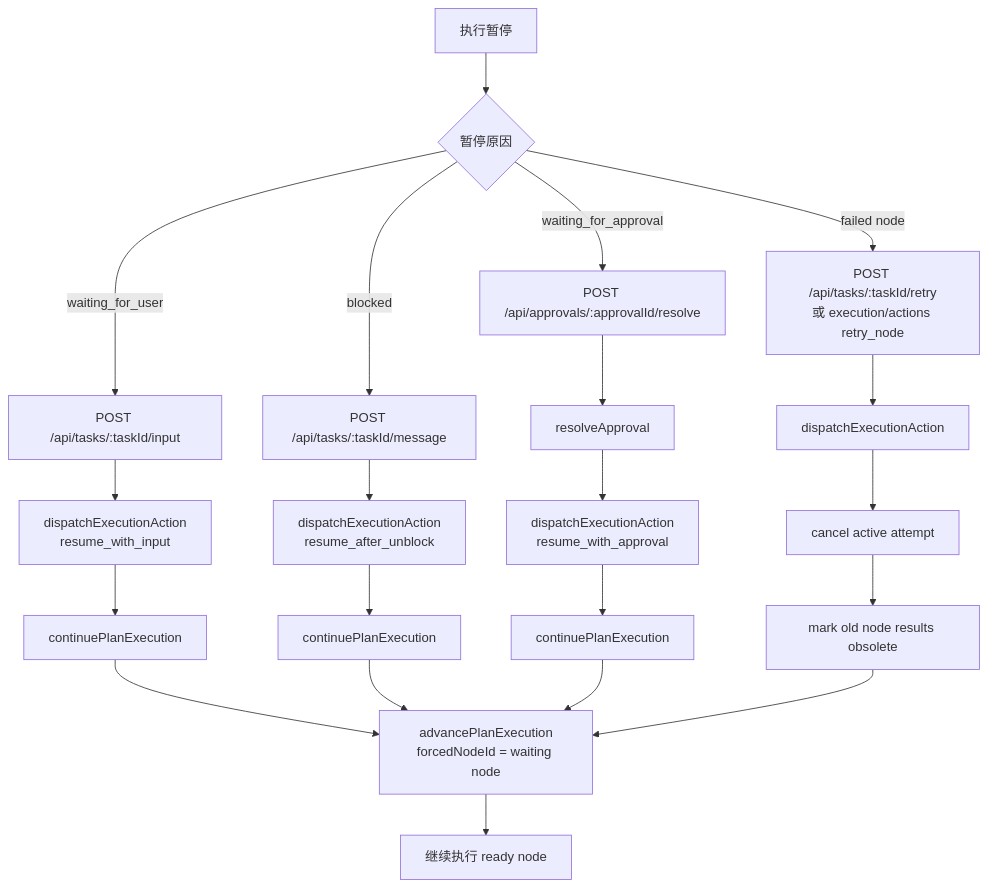
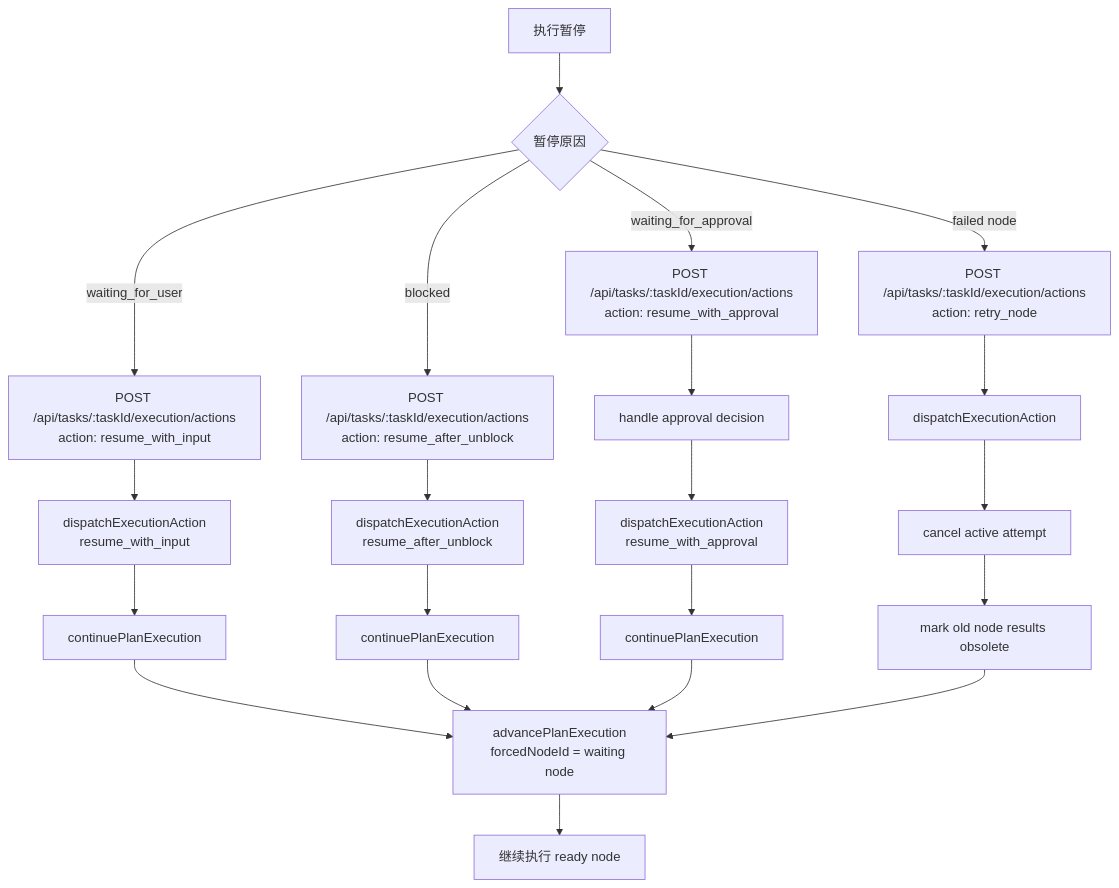
The third of 3 diagrams in docs/backend-execution-flow.md (saya-ashen/Chrona), drawn with Mermaid before and after one commit. The commit also changed other lines of this file and 13 other files, not shown here.

````diff
--- a/docs/backend-execution-flow.md
+++ b/docs/backend-execution-flow.md
@@ -116,28 +115,28 @@
 ```mermaid
 flowchart TD
   P[执行暂停] --> K{暂停原因}
 
-  K -- waiting_for_user --> IN[POST /api/tasks/:taskId/input]
+  K -- waiting_for_user --> IN[POST /api/tasks/:taskId/execution/actions<br/>action: resume_with_input]
   IN --> A1[dispatchExecutionAction<br/>resume_with_input]
   A1 --> C1[continuePlanExecution]
   C1 --> ADV[advancePlanExecution<br/>forcedNodeId = waiting node]
 
-  K -- blocked --> MSG[POST /api/tasks/:taskId/message]
-  MSG --> A2[dispatchExecutionAction<br/>resume_after_unblock]
+  K -- blocked --> ACT[POST /api/tasks/:taskId/execution/actions<br/>action: resume_after_unblock]
+  ACT --> A2[dispatchExecutionAction<br/>resume_after_unblock]
   A2 --> C2[continuePlanExecution]
   C2 --> ADV
 
-  K -- waiting_for_approval --> APR[POST /api/approvals/:approvalId/resolve]
-  APR --> RA[resolveApproval]
+  K -- waiting_for_approval --> APR[POST /api/tasks/:taskId/execution/actions<br/>action: resume_with_approval]
+  APR --> RA[handle approval decision]
   RA --> A3[dispatchExecutionAction<br/>resume_with_approval]
   A3 --> C3[continuePlanExecution]
   C3 --> ADV
 
-  K -- failed node --> RETRY[POST /api/tasks/:taskId/retry<br/>或 execution/actions retry_node]
+  K -- failed node --> RETRY[POST /api/tasks/:taskId/execution/actions<br/>action: retry_node]
   RETRY --> A4[dispatchExecutionAction]
   A4 --> R1[cancel active attempt]
   R1 --> R2[mark old node results obsolete]
   R2 --> ADV
 
   ADV --> NEXT[继续执行 ready node]
 ```
````
